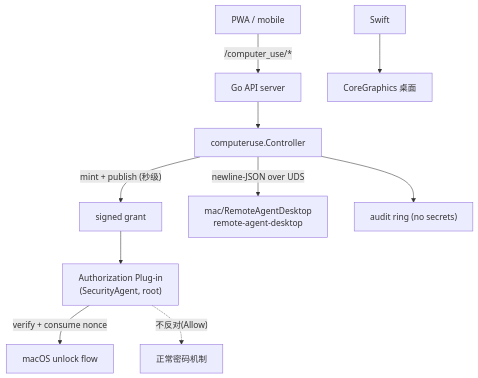
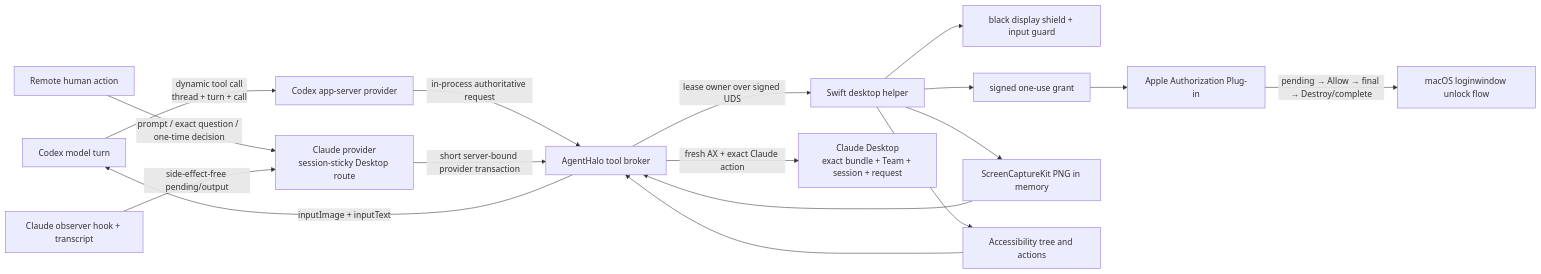
Before and after one commit to psyche08/remote-agent: the first of 2 diagrams in docs/computer-use-locked-user.md, drawn with Mermaid. The commit also changed other lines of this file and 153 other files, not shown here.

Commit message:
feat: add AgentHalo locked desktop automation

````diff
--- a/docs/computer-use-locked-user.md
+++ b/docs/computer-use-locked-user.md
@@ -31,15 +42,21 @@
 ```mermaid
-flowchart TB
-    PWA["PWA / mobile"] -->|"/computer_use/*"| API["Go API server"]
-    API --> Ctl["computeruse.Controller"]
+flowchart LR
+    Model["Codex model turn"] -->|"dynamic tool call\nthread + turn + call"| Codex["Codex app-server provider"]
+    Human["Remote human action"] -->|"prompt / exact question / one-time decision"| Claude["Claude provider\nsession-sticky Desktop route"]
+    Observer["Claude observer hook + transcript"] -->|"side-effect-free pending/output"| Claude
+    Codex -->|"in-process authoritative request"| Broker["AgentHalo tool broker"]
+    Claude -->|"short server-bound provider transaction"| Broker
+    Broker -->|"lease owner over signed UDS"| Helper["Swift desktop helper"]
 
-    Ctl -->|"mint + publish (秒级)"| Grant["signed grant"]
-    Grant --> Plugin["Authorization Plug-in<br/>(SecurityAgent, root)"]
-    Plugin -->|"verify + consume nonce"| Unlock["macOS unlock flow"]
-    Plugin -.->|"不反对(Allow)"| Password["正常密码机制"]
+    Helper --> Shield["black display shield + input guard"]
+    Helper --> Grant["signed one-use grant"]
+    Grant --> Plugin["Apple Authorization Plug-in"]
+    Plugin -->|"pending → Allow → final → Destroy/complete"| Login["macOS loginwindow unlock flow"]
 
-    Ctl -->|"newline-JSON over UDS"| Helper["mac/RemoteAgentDesktop<br/>remote-agent-desktop"]
-    Swift --> Desktop["CoreGraphics 桌面"]
-
-    Ctl --> Audit["audit ring (no secrets)"]
+    Helper --> Capture["ScreenCaptureKit PNG in memory"]
+    Helper --> AX["Accessibility tree and actions"]
+    Capture --> Broker
+    AX --> Broker
+    Broker -->|"inputImage + inputText"| Model
+    Broker -->|"fresh AX + exact Claude action"| ClaudeApp["Claude Desktop\nexact bundle + Team + session + request"]
 ```
````
